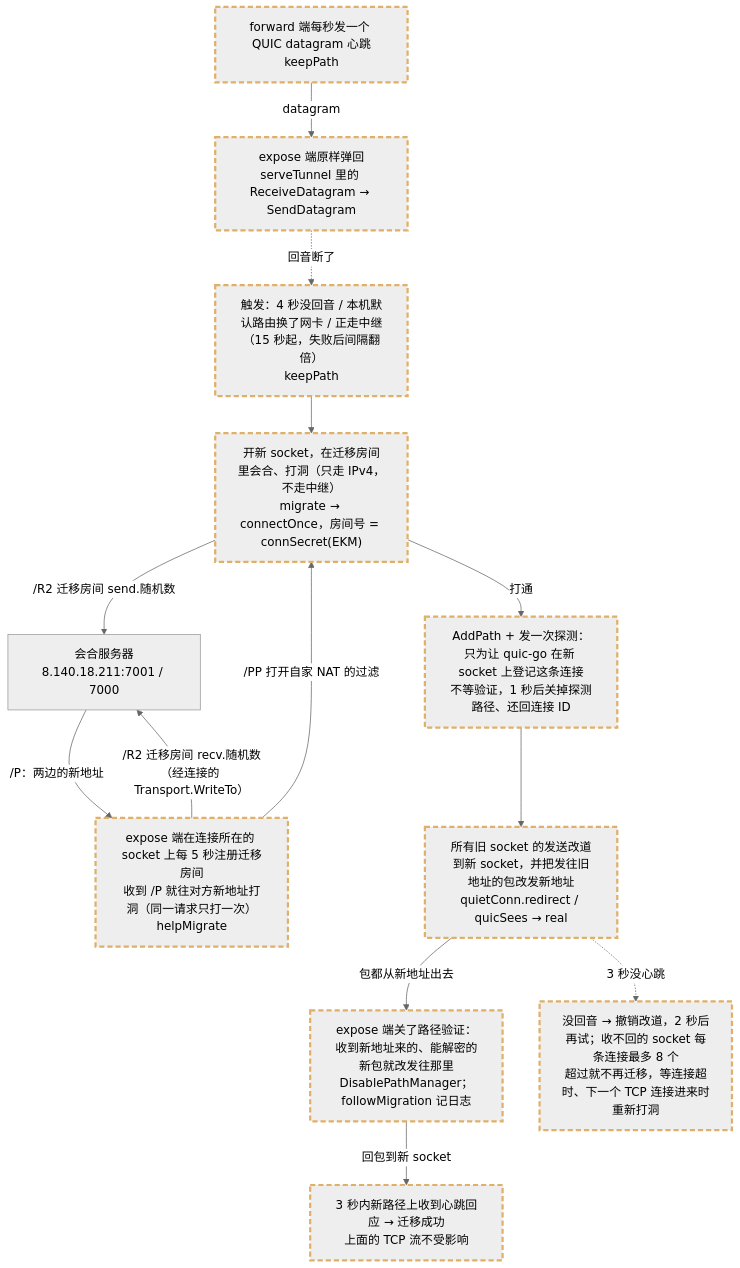
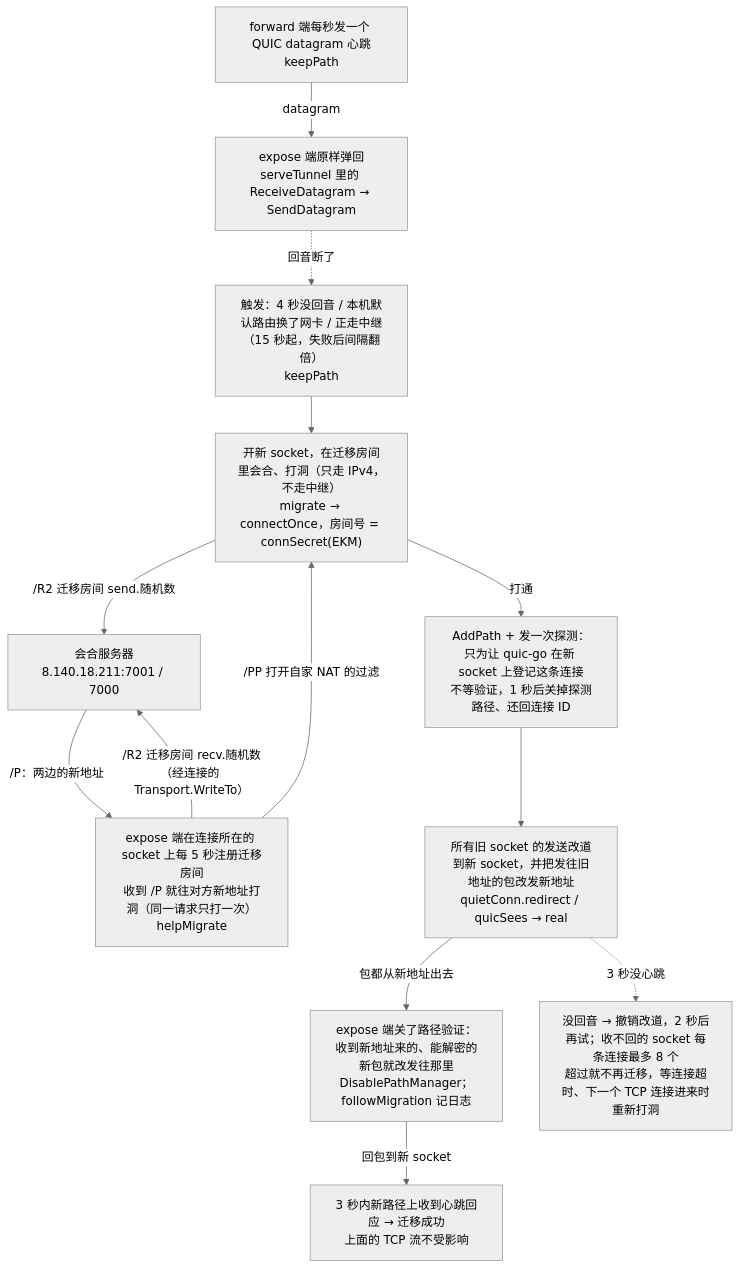
Before and after one commit to numb747/uu-remote-study: the diagram in docs/arch/25-flow-migrate.mmd, drawn with Mermaid (neutral theme). The commit also changed 9 other files, not shown here.

First line of the commit message:
架构地图：同步到 d578d66（第 8 步收尾），DESIGN 8 步全部勾掉

```diff
--- a/docs/arch/25-flow-migrate.mmd
+++ b/docs/arch/25-flow-migrate.mmd
@@ -1,38 +1,37 @@
 flowchart TD
-  hb["forward 端每秒发一个 QUIC datagram 心跳<br/>keepPath"]:::changed
-  echo["expose 端原样弹回<br/>serveTunnel 里的 ReceiveDatagram → SendDatagram"]:::changed
-  why["触发：4 秒没回音 / 本机默认路由换了网卡 / 正走中继（15 秒起，失败后间隔翻倍）<br/>keepPath"]:::changed
-  newsock["开新 socket，在迁移房间里会合、打洞（只走 IPv4，不走中继）<br/>migrate → connectOnce，房间号 = connSecret(EKM)"]:::changed
+  hb["forward 端每秒发一个 QUIC datagram 心跳<br/>keepPath"]
+  echo["expose 端原样弹回<br/>serveTunnel 里的 ReceiveDatagram → SendDatagram"]
+  why["触发：4 秒没回音 / 本机默认路由换了网卡 / 正走中继（15 秒起，失败后间隔翻倍）<br/>keepPath"]
+  newsock["开新 socket，在迁移房间里会合、打洞（只走 IPv4，不走中继）<br/>migrate → connectOnce，房间号 = connSecret(EKM)"]
   rdv["会合服务器<br/>8.140.18.211:7001 / 7000"]
-  help["expose 端在连接所在的 socket 上每 5 秒注册迁移房间<br/>收到 /P 就往对方新地址打洞（同一请求只打一次）<br/>helpMigrate"]:::changed
-  addpath["AddPath + 发一次探测：只为让 quic-go 在新 socket 上登记这条连接<br/>不等验证，1 秒后关掉探测路径、还回连接 ID"]:::changed
-  redirect["所有旧 socket 的发送改道到新 socket，并把发往旧地址的包改发新地址<br/>quietConn.redirect / quicSees → real"]:::changed
-  follow["expose 端关了路径验证：收到新地址来的、能解密的新包就改发往那里<br/>DisablePathManager；followMigration 记日志"]:::changed
-  ok["3 秒内新路径上收到心跳回应 → 迁移成功<br/>上面的 TCP 流不受影响"]:::changed
-  fail["没回音 → 撤销改道，2 秒后再试；收不回的 socket 每条连接最多 8 个<br/>超过就不再迁移，等连接超时、下一个 TCP 连接进来时重新打洞"]:::changed
+  help["expose 端在连接所在的 socket 上每 5 秒注册迁移房间<br/>收到 /P 就往对方新地址打洞（同一请求只打一次）<br/>helpMigrate"]
+  addpath["AddPath + 发一次探测：只为让 quic-go 在新 socket 上登记这条连接<br/>不等验证，1 秒后关掉探测路径、还回连接 ID"]
+  redirect["所有旧 socket 的发送改道到新 socket，并把发往旧地址的包改发新地址<br/>quietConn.redirect / quicSees → real"]
+  follow["expose 端关了路径验证：收到新地址来的、能解密的新包就改发往那里<br/>DisablePathManager；followMigration 记日志"]
+  ok["3 秒内新路径上收到心跳回应 → 迁移成功<br/>上面的 TCP 流不受影响"]
+  fail["没回音 → 撤销改道，2 秒后再试；收不回的 socket 每条连接最多 8 个<br/>超过就不再迁移，等连接超时、下一个 TCP 连接进来时重新打洞"]
 
   hb -->|"datagram"| echo
   echo -.->|"回音断了"| why
   why --> newsock
   newsock -->|"/R2 迁移房间 send.随机数"| rdv
   help -->|"/R2 迁移房间 recv.随机数（经连接的 Transport.WriteTo）"| rdv
   rdv -->|"/P：两边的新地址"| help
   help -->|"/PP 打开自家 NAT 的过滤"| newsock
   newsock -->|"打通"| addpath
   addpath --> redirect
   redirect -->|"包都从新地址出去"| follow
   follow -->|"回包到新 socket"| ok
   redirect -.->|"3 秒没心跳"| fail
 
 %% @src hb lab/p2pcp/tunnel.go var pong atomic.Int64
 %% @src echo lab/p2pcp/tunnel.go conn.SendDatagram(b)
 %% @src why lab/p2pcp/tunnel.go func keepPath(
 %% @src newsock lab/p2pcp/tunnel.go s, err := connectOnce(mo, l.server.String(), mid
 %% @src rdv lab/punch/main.go func runServer
 %% @src help lab/p2pcp/tunnel.go func helpMigrate(
 %% @src addpath lab/p2pcp/tunnel.go path, err := l.conn.AddPath(tr)
 %% @src redirect lab/p2pcp/tunnel.go redirect(q)
 %% @src follow lab/p2pcp/link.go DisablePathManager: true
 %% @src ok lab/p2pcp/tunnel.go if time.Unix(0, pong.Load()).After(t0) {
 %% @src fail lab/p2pcp/tunnel.go if l.stranded >= 8 {
-classDef changed stroke:#e0af68,stroke-width:3px,stroke-dasharray:7 4
```
